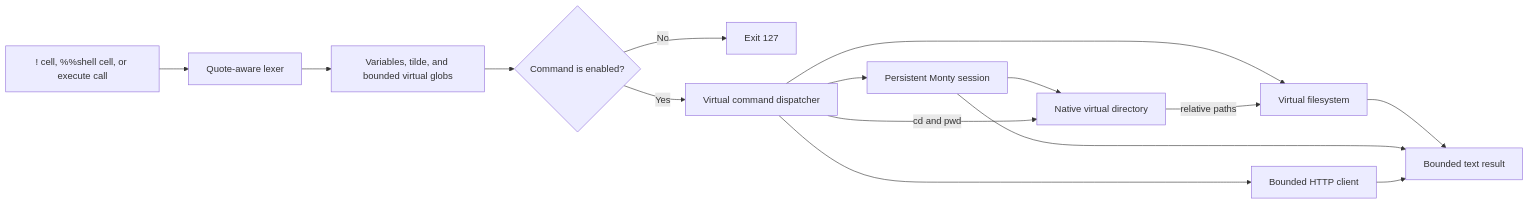
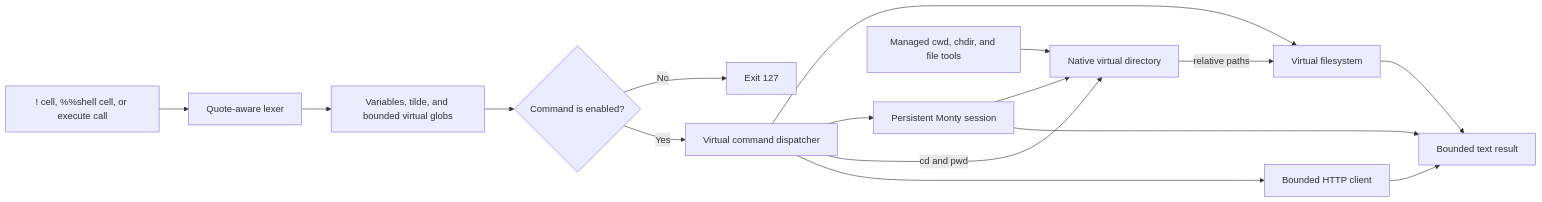
Before and after one commit to sgaseretto/arenero: the first of 2 diagrams in docs/virtual-shell.md, drawn with Mermaid. The commit also changed other lines of this file and 26 other files, not shown here.

````diff
--- a/docs/virtual-shell.md
+++ b/docs/virtual-shell.md
@@ -22,17 +22,18 @@
 ```mermaid
 flowchart LR
     Input["! cell, %%shell cell, or execute call"] --> Lexer["Quote-aware lexer"]
     Lexer --> Expand["Variables, tilde, and bounded virtual globs"]
     Expand --> Policy{"Command is enabled?"}
     Policy -->|No| Reject["Exit 127"]
     Policy -->|Yes| Dispatch["Virtual command dispatcher"]
     Dispatch --> VFS["Virtual filesystem"]
     Dispatch --> Monty["Persistent Monty session"]
     Monty --> CWD["Native virtual directory"]
     Dispatch -->|"cd and pwd"| CWD
+    Managed["Managed cwd, chdir, and file tools"] --> CWD
     CWD -->|"relative paths"| VFS
     Dispatch --> HTTP["Bounded HTTP client"]
     VFS --> Result["Bounded text result"]
     Monty --> Result
     HTTP --> Result
 ```
````
